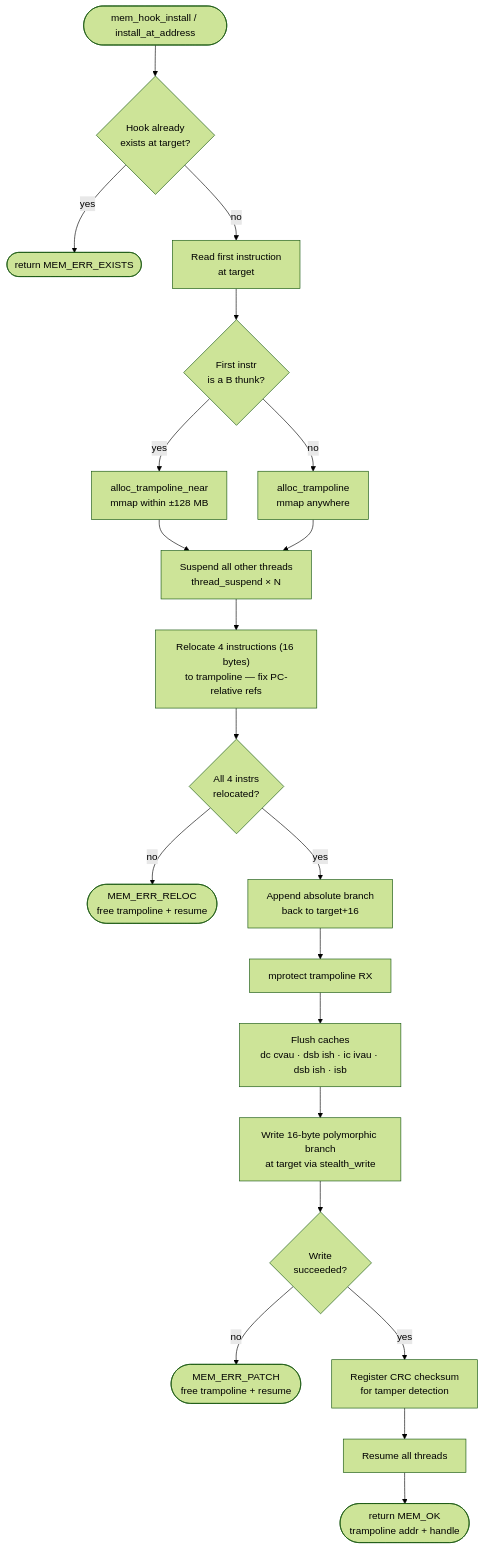
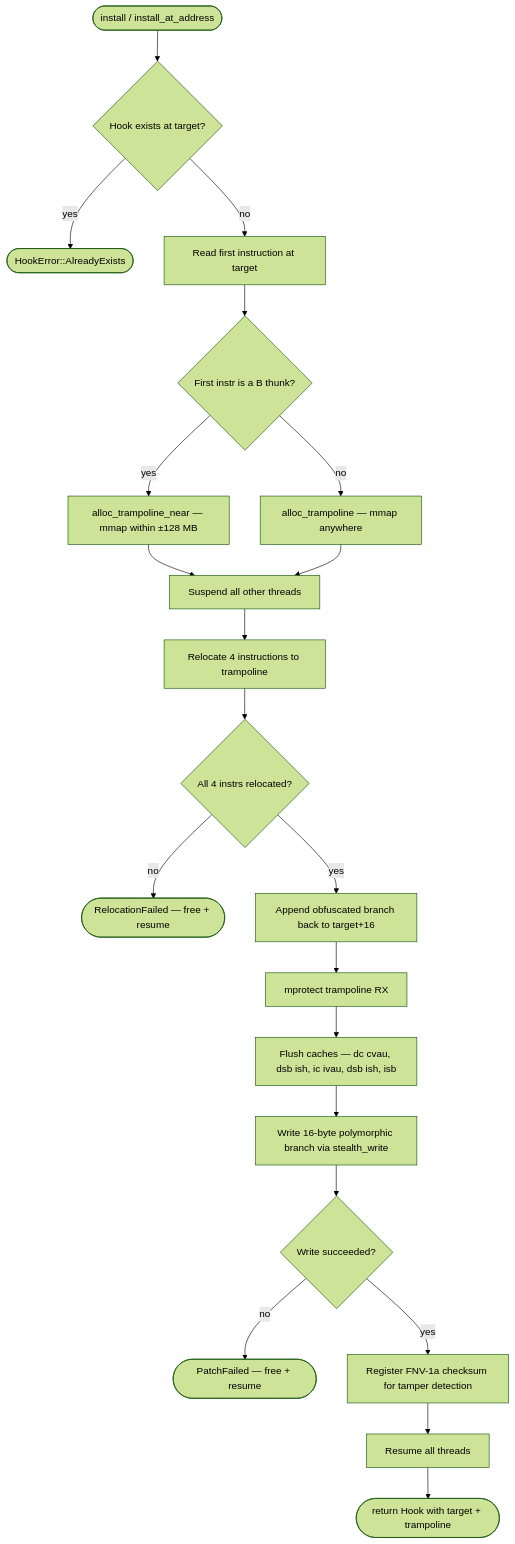
The third of 20 diagrams in docs/architecture.md (Batchhh/libspecter), drawn with Mermaid (forest theme) before and after one commit. The commit also changed other lines of this file and 7 other files, not shown here.

````diff
--- a/docs/architecture.md
+++ b/docs/architecture.md
@@ -68,44 +66,44 @@
 ```mermaid
 flowchart TD
-    Start(["mem_hook_install / install_at_address"])
-    CheckExists{"Hook already<br/>exists at target?"}
-    ErrExists(["return MEM_ERR_EXISTS"])
-    ReadFirst["Read first instruction<br/>at target"]
-    IsThunk{"First instr<br/>is a B thunk?"}
-    AllocNear["alloc_trampoline_near<br/>mmap within ±128 MB"]
-    AllocAny["alloc_trampoline<br/>mmap anywhere"]
-    Suspend["Suspend all other threads<br/>thread_suspend × N"]
-    Relocate["Relocate 4 instructions (16 bytes)<br/>to trampoline — fix PC-relative refs"]
-    RelocOK{"All 4 instrs<br/>relocated?"}
-    ErrReloc(["MEM_ERR_RELOC<br/>free trampoline + resume"])
-    AppendReturn["Append absolute branch<br/>back to target+16"]
-    Protect["mprotect trampoline RX"]
-    FlushCache["Flush caches<br/>dc cvau · dsb ish · ic ivau · dsb ish · isb"]
-    WriteHook["Write 16-byte polymorphic branch<br/>at target via stealth_write"]
-    WriteOK{"Write<br/>succeeded?"}
-    ErrPatch(["MEM_ERR_PATCH<br/>free trampoline + resume"])
-    RegisterCRC["Register CRC checksum<br/>for tamper detection"]
-    Resume["Resume all threads"]
-    Done(["return MEM_OK<br/>trampoline addr + handle"])
+    Start([install / install_at_address])
+    CheckExists{Hook exists at target?}
+    ErrExists([HookError::AlreadyExists])
+    ReadFirst[Read first instruction at target]
+    IsThunk{First instr is a B thunk?}
+    AllocNear[alloc_trampoline_near — mmap within ±128 MB]
+    AllocAny[alloc_trampoline — mmap anywhere]
+    Suspend[Suspend all other threads]
+    Relocate[Relocate 4 instructions to trampoline]
+    RelocOK{All 4 instrs relocated?}
+    ErrReloc([RelocationFailed — free + resume])
+    AppendReturn[Append obfuscated branch back to target+16]
+    Protect[mprotect trampoline RX]
+    FlushCache[Flush caches — dc cvau, dsb ish, ic ivau, dsb ish, isb]
+    WriteHook[Write 16-byte polymorphic branch via stealth_write]
+    WriteOK{Write succeeded?}
+    ErrPatch([PatchFailed — free + resume])
+    RegisterCRC[Register FNV-1a checksum for tamper detection]
+    Resume[Resume all threads]
+    Done([return Hook with target + trampoline])
 
     Start --> CheckExists
     CheckExists -->|yes| ErrExists
     CheckExists -->|no| ReadFirst
     ReadFirst --> IsThunk
     IsThunk -->|yes| AllocNear
     IsThunk -->|no| AllocAny
     AllocNear --> Suspend
     AllocAny --> Suspend
     Suspend --> Relocate
     Relocate --> RelocOK
     RelocOK -->|no| ErrReloc
     RelocOK -->|yes| AppendReturn
     AppendReturn --> Protect
     Protect --> FlushCache
     FlushCache --> WriteHook
     WriteHook --> WriteOK
     WriteOK -->|no| ErrPatch
     WriteOK -->|yes| RegisterCRC
     RegisterCRC --> Resume
     Resume --> Done
 ```
````
